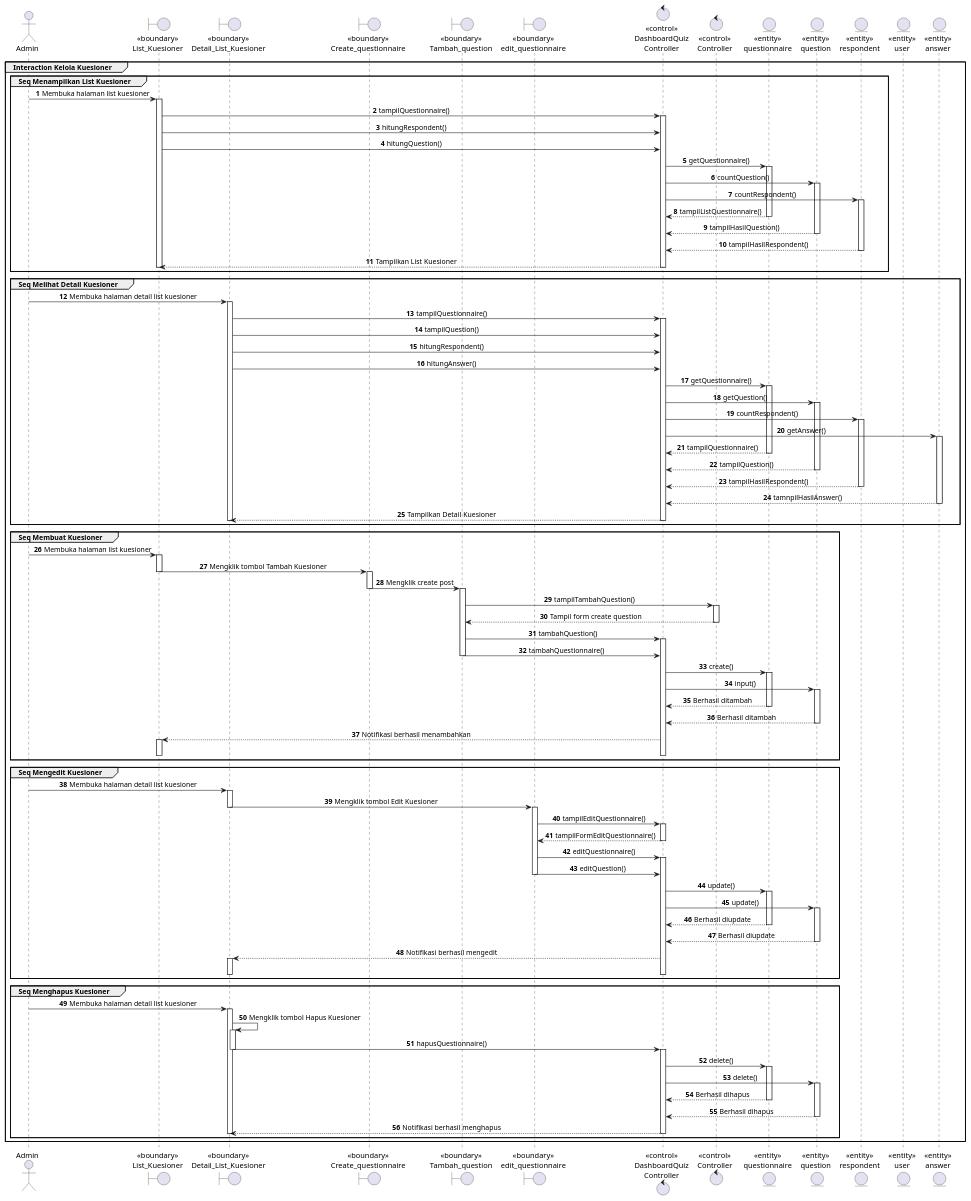
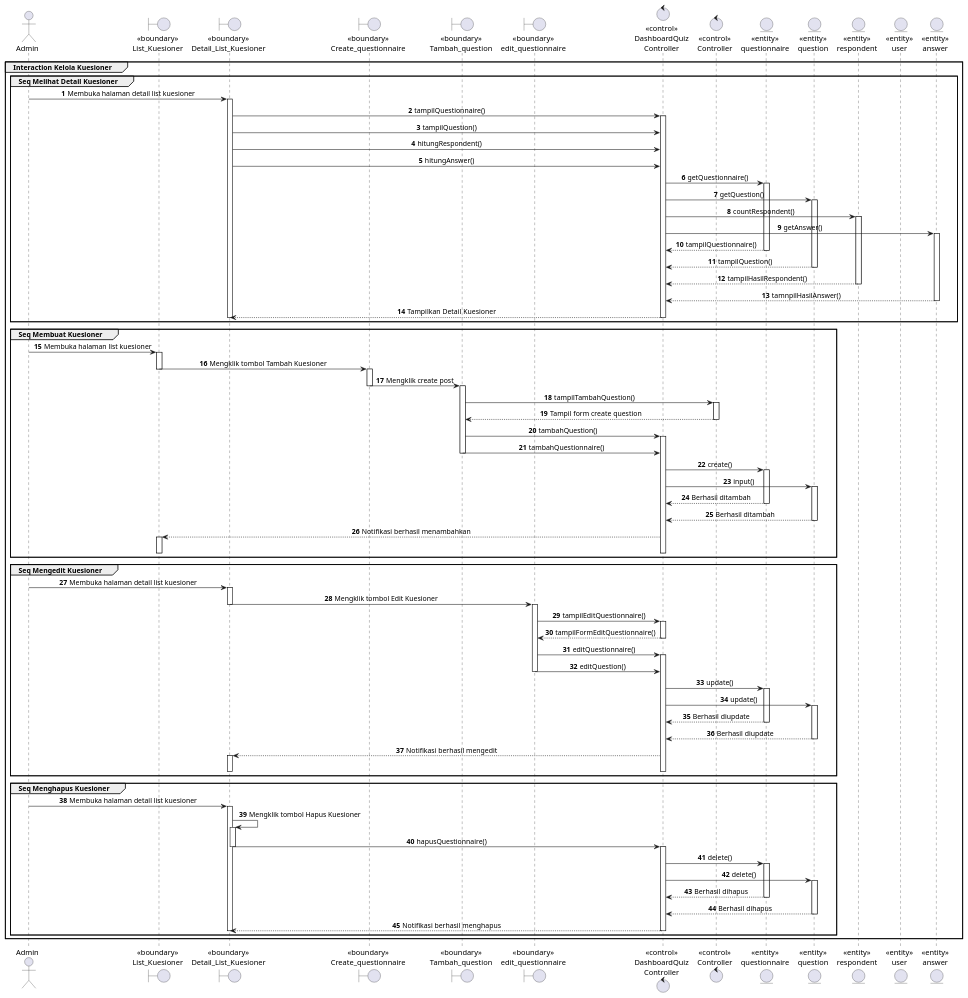
The diagram in documentation/SequenceDiagram/kelolaDataSequenceDiagram.puml (Churma16/indeks-kepuasan-masyarakat), drawn with PlantUML before and after one commit. The commit also changed 11 other files, not shown here.

```diff
--- a/documentation/SequenceDiagram/kelolaDataSequenceDiagram.puml
+++ b/documentation/SequenceDiagram/kelolaDataSequenceDiagram.puml
@@ -1,164 +1,164 @@
 @startuml Interaction Kelola Data
 autonumber
 ' skinparam style strictuml
 skinparam SequenceMessageAlignment center
 group Interaction Kelola Kuesioner
 
     actor Admin 
     boundary "<<boundary>>\nList_Kuesioner" as list
     boundary "<<boundary>>\nDetail_List_Kuesioner" as dlist
     boundary "<<boundary>>\nCreate_questionnaire" as tquestionnaire
     boundary "<<boundary>>\nTambah_question" as tquestion
     boundary "<<boundary>>\nedit_questionnaire" as equestionnaire
     control "<<control>>\nDashboardQuiz\nController" as dqcontrol
     control "<<control>>\nController" as control
     entity "<<entity>>\nquestionnaire" as questioner
     entity "<<entity>>\nquestion" as question
     entity "<<entity>>\nrespondent" as respondent
     entity "<<entity>>\nuser" as admin
     entity "<<entity>>\nanswer" as answer
 
-    group Seq Menampilkan List Kuesioner
-        Admin->list:Membuka halaman list kuesioner
-        activate list
-            list-> dqcontrol: tampilQuestionnaire()
-            activate dqcontrol
-                list-> dqcontrol: hitungRespondent()
-                list-> dqcontrol: hitungQuestion()
+    ' group Seq Menampilkan List Kuesioner
+    '     Admin->list:Membuka halaman list kuesioner
+    '     activate list
+    '         list-> dqcontrol: tampilQuestionnaire()
+    '         activate dqcontrol
+    '             list-> dqcontrol: hitungRespondent()
+    '             list-> dqcontrol: hitungQuestion()
 
-                dqcontrol-> questioner: getQuestionnaire()
-                activate questioner
-                    dqcontrol-> question:   countQuestion()
-                activate question
-                    dqcontrol-> respondent: countRespondent()
-                activate respondent
+    '             dqcontrol-> questioner: getQuestionnaire()
+    '             activate questioner
+    '                 dqcontrol-> question:   countQuestion()
+    '             activate question
+    '                 dqcontrol-> respondent: countRespondent()
+    '             activate respondent
 
-                    questioner--> dqcontrol: tampilListQuestionnaire()
-                deactivate questioner
-                    question--> dqcontrol: tampilHasilQuestion() 
-                deactivate question
-                    respondent--> dqcontrol: tampilHasilRespondent() 
-                deactivate respondent
-                dqcontrol--> list: Tampilkan List Kuesioner
-            deactivate dqcontrol
-        deactivate list
-    end
+    '                 questioner--> dqcontrol: tampilListQuestionnaire()
+    '             deactivate questioner
+    '                 question--> dqcontrol: tampilHasilQuestion() 
+    '             deactivate question
+    '                 respondent--> dqcontrol: tampilHasilRespondent() 
+    '             deactivate respondent
+    '             dqcontrol--> list: Tampilkan List Kuesioner
+    '         deactivate dqcontrol
+    '     deactivate list
+    ' end
 
     group Seq Melihat Detail Kuesioner
         Admin-> dlist: Membuka halaman detail list kuesioner
         activate dlist
             dlist-> dqcontrol: tampilQuestionnaire()
                 activate dqcontrol
                 dlist-> dqcontrol: tampilQuestion()
                 dlist-> dqcontrol: hitungRespondent()
                 dlist-> dqcontrol: hitungAnswer()
                 
                 
                 dqcontrol-> questioner: getQuestionnaire()
                 activate questioner
                 dqcontrol-> question: getQuestion()
                 activate question
                 dqcontrol-> respondent: countRespondent()
                 activate respondent
                 dqcontrol-> answer: getAnswer()
                 activate answer
 
                 questioner--> dqcontrol: tampilQuestionnaire()
                 deactivate questioner
                 question--> dqcontrol: tampilQuestion()
                 deactivate question
                 respondent--> dqcontrol: tampilHasilRespondent()
                 deactivate respondent
                 answer--> dqcontrol: tamnpilHasilAnswer()
                 deactivate answer
 
                 dqcontrol--> dlist: Tampilkan Detail Kuesioner
                 deactivate dqcontrol
         deactivate dlist
         
     end
 
     group Seq Membuat Kuesioner
         Admin-> list: Membuka halaman list kuesioner
         activate list
             list-> tquestionnaire: Mengklik tombol Tambah Kuesioner
         deactivate list
 
         activate tquestionnaire
             tquestionnaire-> tquestion: Mengklik create post
         deactivate tquestionnaire
 
         activate tquestion
             tquestion-> control: tampilTambahQuestion()
             activate control
                 control--> tquestion: Tampil form create question
             deactivate control
             tquestion-> dqcontrol: tambahQuestion()
             activate dqcontrol
             tquestion-> dqcontrol: tambahQuestionnaire()
         deactivate tquestion
         dqcontrol-> questioner: create()
         activate questioner
         dqcontrol-> question: input()
         activate question
         questioner--> dqcontrol: Berhasil ditambah
         deactivate questioner
         question--> dqcontrol: Berhasil ditambah
         deactivate question
         dqcontrol--> list: Notifikasi berhasil menambahkan
         activate list
         deactivate list
         deactivate dqcontrol
     end
     
     group Seq Mengedit Kuesioner
         Admin->dlist: Membuka halaman detail list kuesioner
         activate dlist
             dlist-> equestionnaire: Mengklik tombol Edit Kuesioner
         deactivate dlist
         activate equestionnaire
         equestionnaire-> dqcontrol: tampilEditQuestionnaire()
             activate dqcontrol
                 dqcontrol--> equestionnaire: tampilFormEditQuestionnaire()
             deactivate dqcontrol
         equestionnaire-> dqcontrol: editQuestionnaire()
         activate dqcontrol
         equestionnaire-> dqcontrol: editQuestion()
         deactivate equestionnaire
         dqcontrol-> questioner: update()
         activate questioner
         dqcontrol-> question: update()
         activate question
         questioner--> dqcontrol: Berhasil diupdate
         deactivate questioner
         question--> dqcontrol: Berhasil diupdate
         deactivate question
         dqcontrol--> dlist: Notifikasi berhasil mengedit
         activate dlist
         deactivate dlist
         deactivate dqcontrol
     end
 
     group Seq Menghapus Kuesioner
         Admin-> dlist: Membuka halaman detail list kuesioner
         activate dlist
                 dlist-> dlist: Mengklik tombol Hapus Kuesioner
             activate dlist
                 dlist-> dqcontrol: hapusQuestionnaire()
             deactivate dlist
             
             activate dqcontrol
                 dqcontrol-> questioner: delete()
             activate questioner
                 dqcontrol-> question: delete()
             activate question
                 questioner--> dqcontrol: Berhasil dihapus
             deactivate questioner
                 question--> dqcontrol: Berhasil dihapus
             deactivate question
                 dqcontrol--> dlist: Notifikasi berhasil menghapus
             deactivate dqcontrol
         deactivate dlist
     end
 end
 @enduml
```
